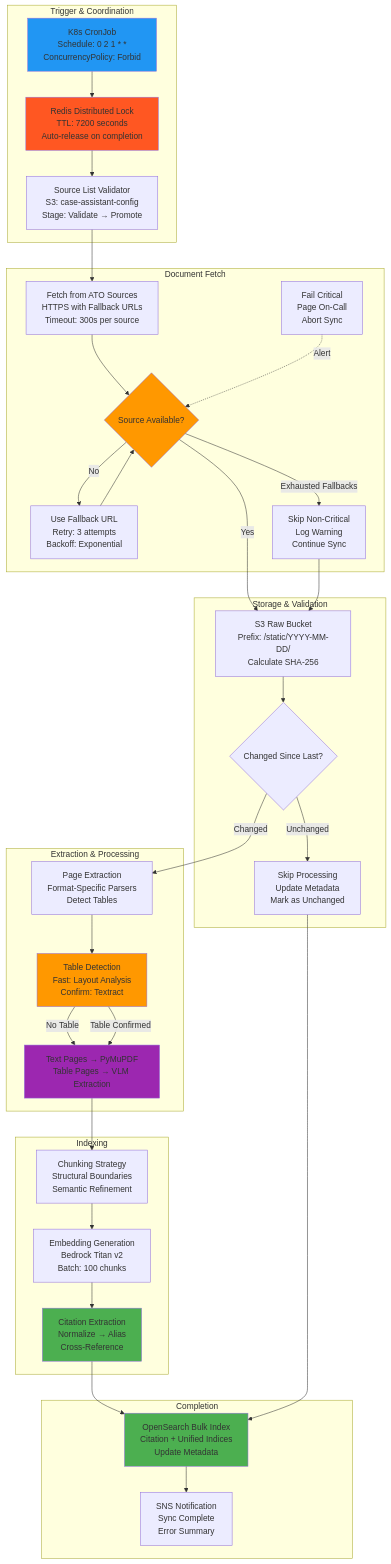
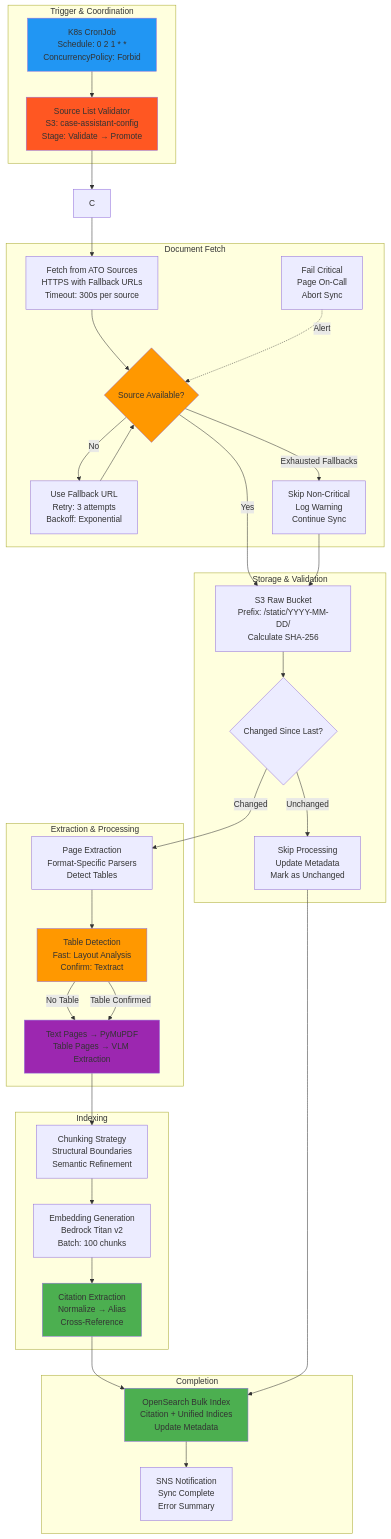
Before and after one commit to anguyenbus/case_chat: the second of 20 diagrams in case_assistant/system_design/02-document-ingestion.md, drawn with Mermaid.

Commit message:
[design] add fix

````diff
--- a/case_assistant/system_design/02-document-ingestion.md
+++ b/case_assistant/system_design/02-document-ingestion.md
@@ -88,70 +88,69 @@
 ```mermaid
 graph TB
     subgraph "Trigger & Coordination"
         A[K8s CronJob<br/>Schedule: 0 2 1 * *<br/>ConcurrencyPolicy: Forbid]
-        B[Redis Distributed Lock<br/>TTL: 7200 seconds<br/>Auto-release on completion]
-        C[Source List Validator<br/>S3: case-assistant-config<br/>Stage: Validate → Promote]
+        B[Source List Validator<br/>S3: case-assistant-config<br/>Stage: Validate → Promote]
     end
 
     subgraph "Document Fetch"
         D[Fetch from ATO Sources<br/>HTTPS with Fallback URLs<br/>Timeout: 300s per source]
         E{Source Available?}
         F[Use Fallback URL<br/>Retry: 3 attempts<br/>Backoff: Exponential]
         G[Skip Non-Critical<br/>Log Warning<br/>Continue Sync]
         H[Fail Critical<br/>Page On-Call<br/>Abort Sync]
     end
 
     subgraph "Storage & Validation"
         I[S3 Raw Bucket<br/>Prefix: /static/YYYY-MM-DD/<br/>Calculate SHA-256]
         J{Changed Since Last?}
         K[Skip Processing<br/>Update Metadata<br/>Mark as Unchanged]
     end
 
     subgraph "Extraction & Processing"
         L[Page Extraction<br/>Format-Specific Parsers<br/>Detect Tables]
         M[Table Detection<br/>Fast: Layout Analysis<br/>Confirm: Textract]
         N[Text Pages → PyMuPDF<br/>Table Pages → VLM Extraction]
     end
 
     subgraph "Indexing"
         O[Chunking Strategy<br/>Structural Boundaries<br/>Semantic Refinement]
         P[Embedding Generation<br/>Bedrock Titan v2<br/>Batch: 100 chunks]
         Q[Citation Extraction<br/>Normalize → Alias<br/>Cross-Reference]
     end
 
     subgraph "Completion"
         R[OpenSearch Bulk Index<br/>Citation + Unified Indices<br/>Update Metadata]
         S[SNS Notification<br/>Sync Complete<br/>Error Summary]
     end
 
     A --> B
     B --> C
     C --> D
     D --> E
     E -->|Yes| I
     E -->|No| F
     F --> E
     E -->|Exhausted Fallbacks| G
     G --> I
     H -.Alert.-> E
     I --> J
     J -->|Unchanged| K
     J -->|Changed| L
     L --> M
     M -->|No Table| N
     M -->|Table Confirmed| N
     N --> O
     O --> P
     P --> Q
     Q --> R
     R --> S
     K --> R
 
     style A fill:#2196F3
     style B fill:#FF5722
     style E fill:#FF9800
     style M fill:#FF9800
     style N fill:#9C27B0
     style Q fill:#4CAF50
     style R fill:#4CAF50
 ```
````
